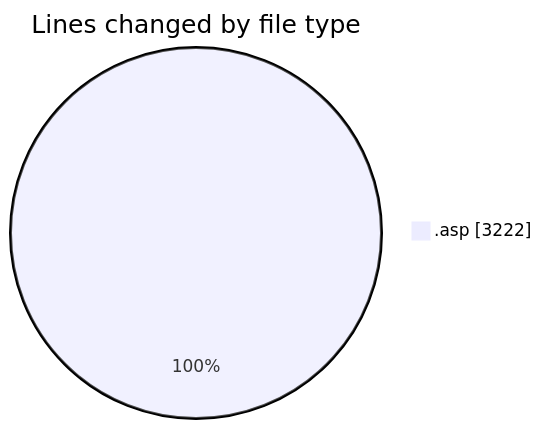
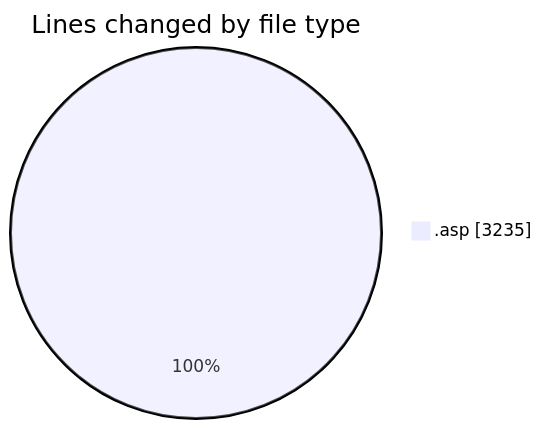
The first of 2 diagrams in 2025-10-11/cdp_aleoudev_fr__workspace_/README.md (julien-gomy/code-tracking), drawn with Mermaid before and after one commit. The commit also changed other lines of this file and 1 other file, not shown here.

````diff
--- a/2025-10-11/cdp_aleoudev_fr__workspace_/README.md
+++ b/2025-10-11/cdp_aleoudev_fr__workspace_/README.md
@@ -25,5 +25,5 @@
 ```mermaid
 pie showData
 title Lines changed by file type
-".asp" : 3222
+".asp" : 3235
 ```
````
